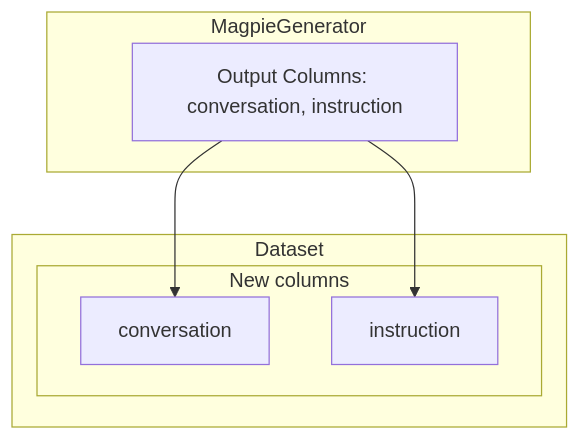
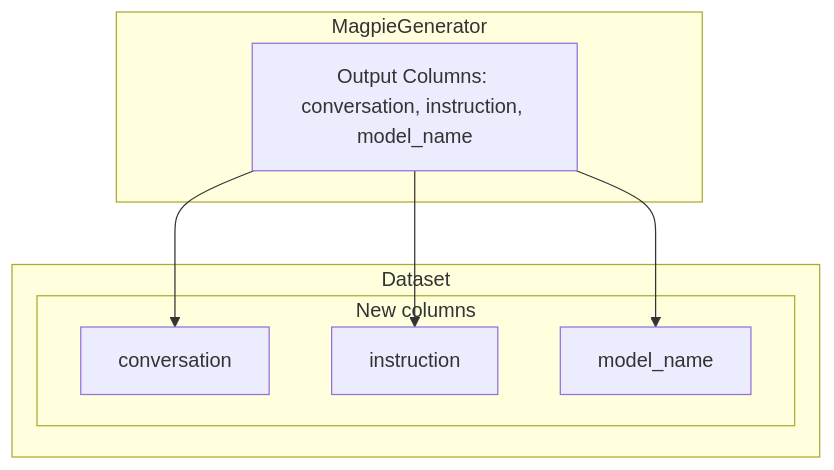
One commit to argilla-io/distilabel changed the diagram in dev/components-gallery/tasks/magpiegenerator.md. Above: the diagram before and after it, drawn with Mermaid. The commit also changed other lines of this file and 8 other files, not shown here.

````diff
--- a/dev/components-gallery/tasks/magpiegenerator.md
+++ b/dev/components-gallery/tasks/magpiegenerator.md
@@ -54,17 +62,19 @@
 ``` mermaid
 graph TD
 	subgraph Dataset
 		subgraph New columns
 			OCOL0[conversation]
 			OCOL1[instruction]
+			OCOL2[model_name]
 		end
 	end
 
 	subgraph MagpieGenerator
-		StepOutput[Output Columns: conversation, instruction]
+		StepOutput[Output Columns: conversation, instruction, model_name]
 	end
 
 	StepOutput --> OCOL0
 	StepOutput --> OCOL1
+	StepOutput --> OCOL2
 
 ```
````
